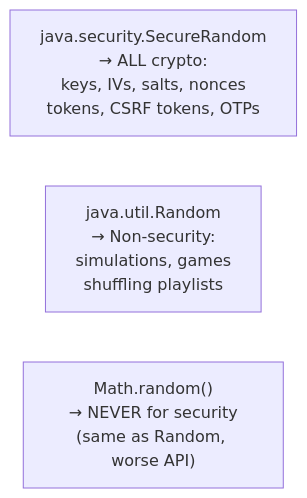
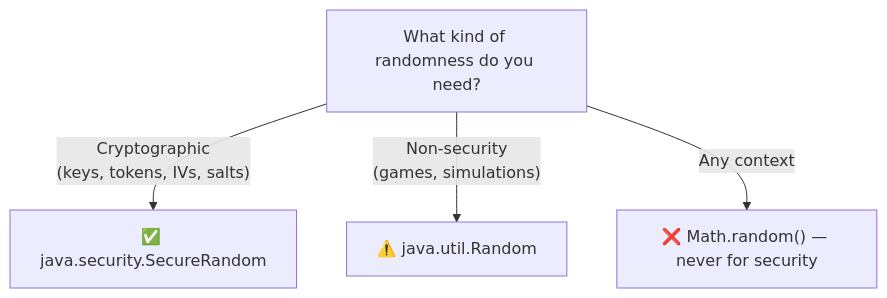
One commit to csoares/SecurityJava changed the sixth of 9 diagrams in src/main/java/security/attacks/README.md. Above: the diagram before and after it, drawn with Mermaid. The commit also changed other lines of this file and 23 other files, not shown here.

Commit message:
Refine README diagrams and descriptions for clarity and accuracy

````diff
--- a/src/main/java/security/attacks/README.md
+++ b/src/main/java/security/attacks/README.md
@@ -113,6 +115,7 @@
 ```mermaid
-flowchart LR
-    SEC["java.security.SecureRandom\n→ ALL crypto:\nkeys, IVs, salts, nonces\ntokens, CSRF tokens, OTPs"]
-    WEAK["java.util.Random\n→ Non-security:\nsimulations, games\nshuffling playlists"]
-    MATH["Math.random()\n→ NEVER for security\n(same as Random, worse API)"]
+flowchart TD
+    WHICH["What kind of randomness do you need?"]
+    WHICH -->|"Cryptographic<br/>(keys, tokens, IVs, salts)"| SEC["✅ java.security.SecureRandom"]
+    WHICH -->|"Non-security<br/>(games, simulations)"| WEAK["⚠️ java.util.Random"]
+    WHICH -->|"Any context"| MATH["❌ Math.random() — never for security"]
 ```
````
